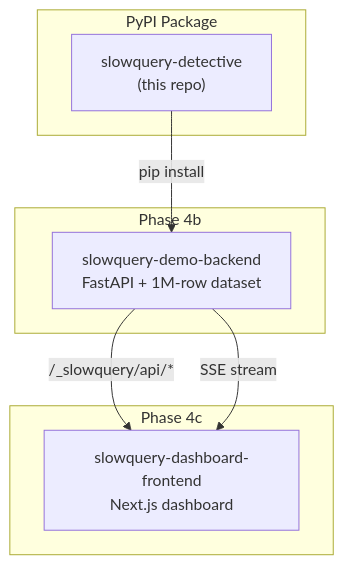
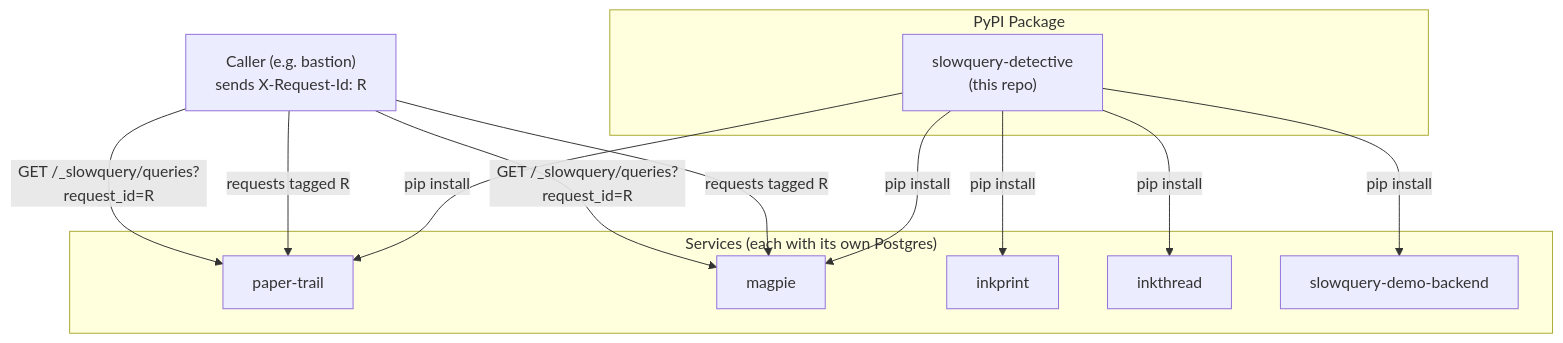
Before and after one commit to Abdul-Muizz1310/slowquery-detective: the third of 3 diagrams in README.md, drawn with Mermaid. The commit also changed other lines of this file and 5 other files, not shown here.

````diff
--- a/README.md
+++ b/README.md
@@ -93,16 +103,18 @@
 ```mermaid
 flowchart TB
     subgraph "PyPI Package"
         DET["slowquery-detective\n(this repo)"]
     end
-    subgraph "Phase 4b"
-        DEMO["slowquery-demo-backend\nFastAPI + 1M-row dataset"]
+    subgraph "Services (each with its own Postgres)"
+        PT["paper-trail"]
+        MG["magpie"]
+        IP["inkprint"]
+        IT["inkthread"]
+        DEMO["slowquery-demo-backend"]
     end
-    subgraph "Phase 4c"
-        DASH["slowquery-dashboard-frontend\nNext.js dashboard"]
-    end
+    B["Caller (e.g. bastion)\nsends X-Request-Id: R"]
 
-    DET -- "pip install" --> DEMO
-    DEMO -- "/_slowquery/api/*" --> DASH
-    DEMO -- "SSE stream" --> DASH
+    DET -- "pip install" --> PT & MG & IP & IT & DEMO
+    B -- "requests tagged R" --> PT & MG
+    B -- "GET /_slowquery/queries?request_id=R" --> PT & MG
 ```
````
